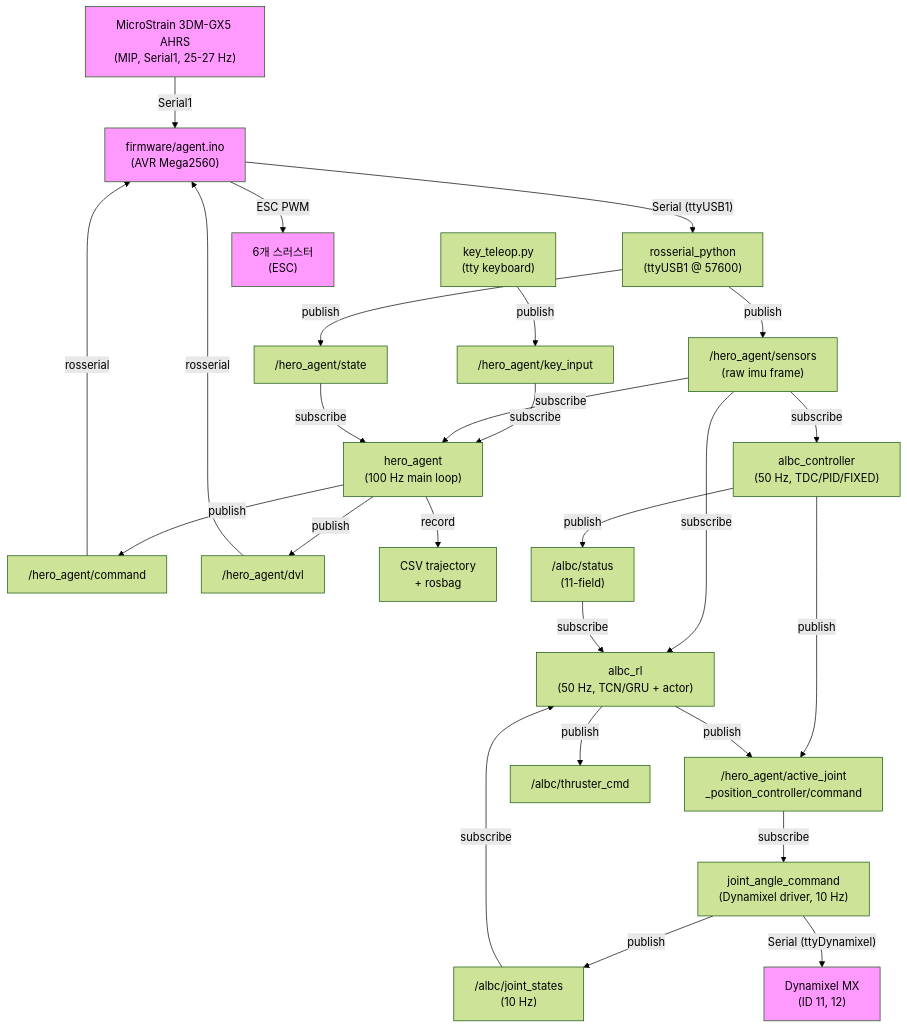
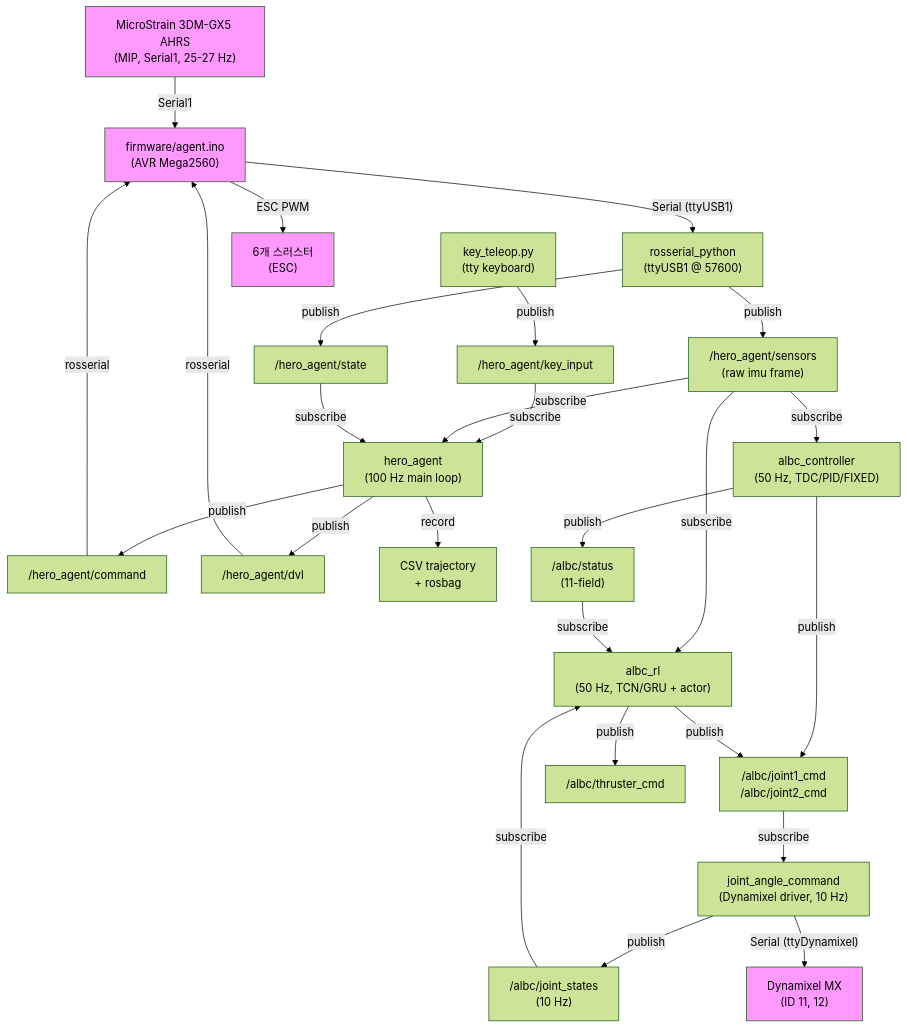
One commit to HERO-Lab-POSTECH/agent-jetson changed the first of 2 diagrams in docs/ARCHITECTURE.md. Above: the diagram before and after it, drawn with Mermaid (forest theme). The commit also changed other lines of this file and 4 other files, not shown here.

````diff
--- a/docs/ARCHITECTURE.md
+++ b/docs/ARCHITECTURE.md
@@ -7,67 +7,67 @@
 ```mermaid
 graph TB
     IMU["MicroStrain 3DM-GX5 AHRS<br/>(MIP, Serial1, 25-27 Hz)"]
     Firmware["firmware/agent.ino<br/>(AVR Mega2560)"]
     Rosserial["rosserial_python<br/>(ttyUSB1 @ 57600)"]
     
     SensorsROS["/hero_agent/sensors<br/>(raw imu frame)"]
     StateROS["/hero_agent/state"]
     
     KeyTeleop["key_teleop.py<br/>(tty keyboard)"]
     KeyInputROS["/hero_agent/key_input"]
     
     AgentNode["hero_agent<br/>(100 Hz main loop)"]
     CommandROS["/hero_agent/command"]
     DvlROS["/hero_agent/dvl"]
     CsvRosbag["CSV trajectory<br/>+ rosbag"]
     
     AttitudeCtrl["albc_controller<br/>(50 Hz, TDC/PID/FIXED)"]
     RLNode["albc_rl<br/>(50 Hz, TCN/GRU + actor)"]
     
     StatusROS["/albc/status<br/>(11-field)"]
-    JointCmdROS["/hero_agent/active_joint<br/>_position_controller/command"]
+    JointCmdROS["/albc/joint1_cmd<br/>/albc/joint2_cmd"]
     JointStatesROS["/albc/joint_states<br/>(10 Hz)"]
     ThrusterROS["/albc/thruster_cmd"]
     
     MotorDriver["joint_angle_command<br/>(Dynamixel driver, 10 Hz)"]
     
     IMU -->|Serial1| Firmware
     Firmware -->|"Serial (ttyUSB1)"| Rosserial
     Rosserial -->|publish| SensorsROS
     Rosserial -->|publish| StateROS
     
     KeyTeleop -->|publish| KeyInputROS
     KeyInputROS -->|subscribe| AgentNode
     SensorsROS -->|subscribe| AgentNode
     StateROS -->|subscribe| AgentNode
     
     AgentNode -->|publish| CommandROS
     AgentNode -->|publish| DvlROS
     AgentNode -->|record| CsvRosbag
     
     SensorsROS -->|subscribe| AttitudeCtrl
     SensorsROS -->|subscribe| RLNode
     
     AttitudeCtrl -->|publish| StatusROS
     AttitudeCtrl -->|publish| JointCmdROS
     
     JointStatesROS -->|subscribe| RLNode
     StatusROS -->|subscribe| RLNode
     
     RLNode -->|publish| JointCmdROS
     RLNode -->|publish| ThrusterROS
     
     JointCmdROS -->|subscribe| MotorDriver
     MotorDriver -->|publish| JointStatesROS
     MotorDriver -->|"Serial (ttyDynamixel)"| Dynamixel["Dynamixel MX<br/>(ID 11, 12)"]
     
     CommandROS -->|rosserial| Firmware
     DvlROS -->|rosserial| Firmware
     
     Firmware -->|ESC PWM| Thrusters["6개 스러스터<br/>(ESC)"]
     
     style Firmware fill:#f9f
     style IMU fill:#f9f
     style Dynamixel fill:#f9f
     style Thrusters fill:#f9f
 ```
````
